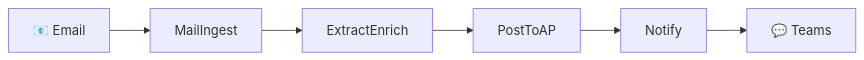
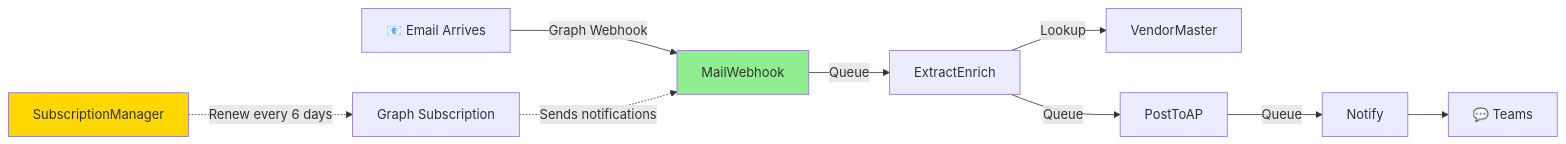
The diagram in README.md (afoxnyc3/invoice-agent), drawn with Mermaid before and after one commit. The commit also changed other lines of this file and 5 other files, not shown here.

First line of the commit message:
docs: update all documentation for webhook architecture migration

````diff
--- a/README.md
+++ b/README.md
@@ -113,8 +126,15 @@
 ```mermaid
 graph LR
-    A[📧 Email] --> B[MailIngest]
-    B --> C[ExtractEnrich]
-    C --> D[PostToAP]
-    D --> E[Notify]
-    E --> F[💬 Teams]
+    A[📧 Email Arrives] -->|Graph Webhook| B[MailWebhook]
+    B -->|Queue| C[ExtractEnrich]
+    C -->|Lookup| D[VendorMaster]
+    C -->|Queue| E[PostToAP]
+    E -->|Queue| F[Notify]
+    F --> G[💬 Teams]
+
+    H[SubscriptionManager] -.->|Renew every 6 days| I[Graph Subscription]
+    I -.->|Sends notifications| B
+
+    style B fill:#90EE90
+    style H fill:#FFD700
 ```
````
